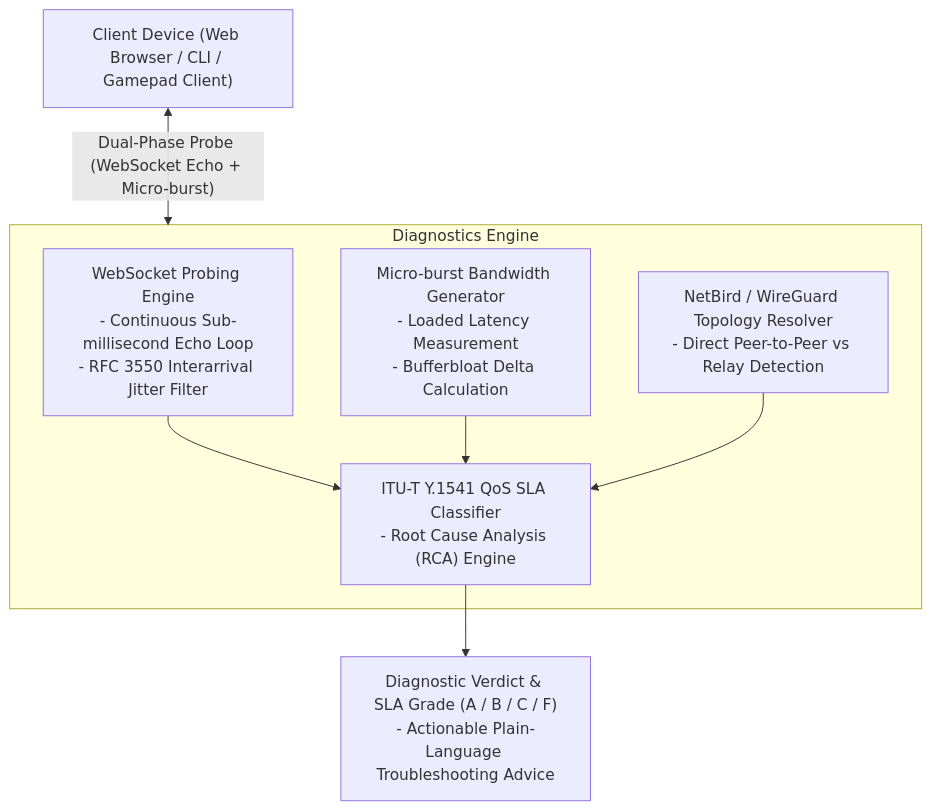
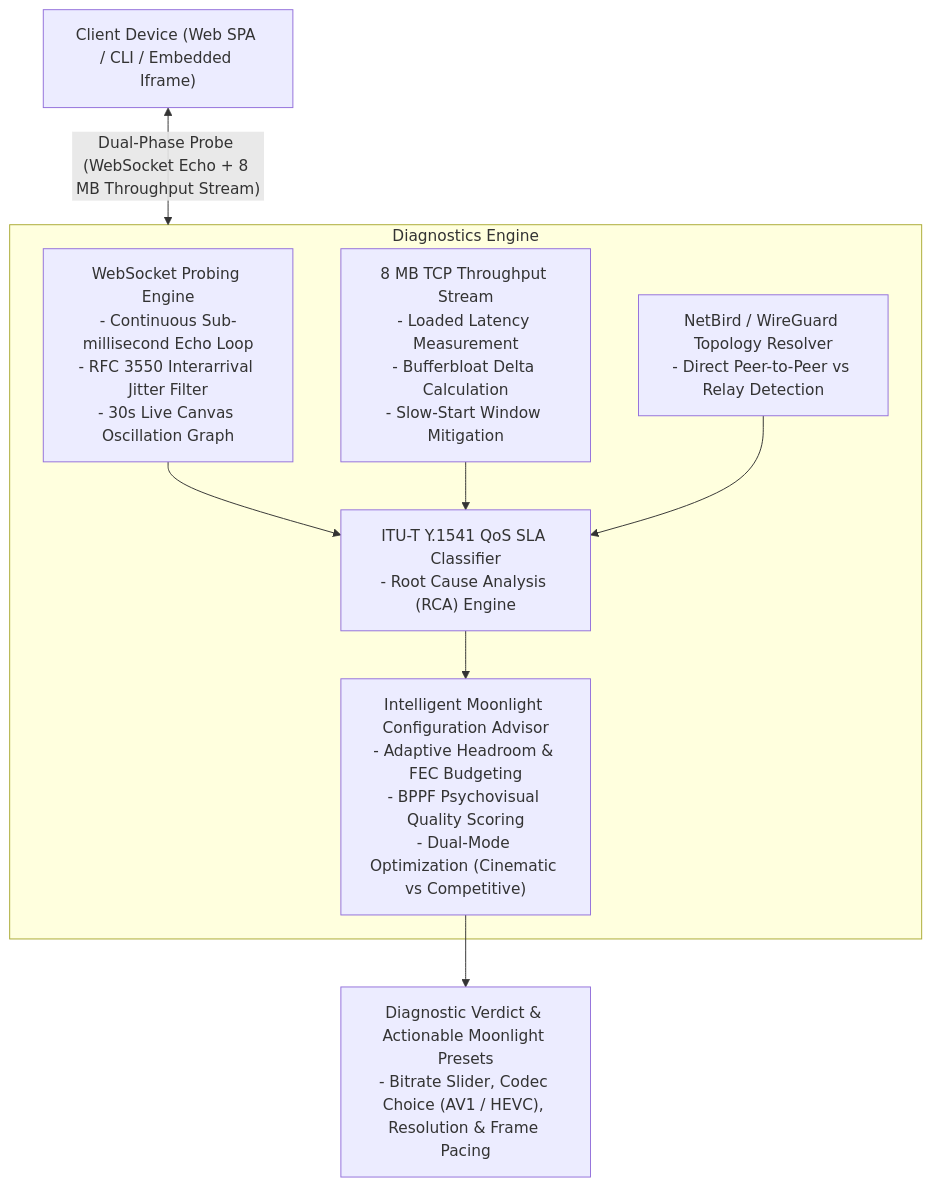
The diagram in README.md (Mateosek/stream-netcheck), drawn with Mermaid before and after one commit. The commit also changed other lines of this file and 8 other files, not shown here.

First line of the commit message:
feat(advisor): add Moonlight preset recommendation engine

````diff
--- a/README.md
+++ b/README.md
@@ -27,16 +30,18 @@
 ```mermaid
 flowchart TD
-    Client["Client Device (Web Browser / CLI / Gamepad Client)"] <-->|"Dual-Phase Probe (WebSocket Echo + Micro-burst)"| Gateway["stream-netcheck Server Gateway (FastAPI)"]
+    Client["Client Device (Web SPA / CLI / Embedded Iframe)"] <-->|"Dual-Phase Probe (WebSocket Echo + 8 MB Throughput Stream)"| Gateway["stream-netcheck Server Gateway (FastAPI)"]
     
     subgraph Gateway ["Diagnostics Engine"]
-        WSEcho["WebSocket Probing Engine<br/>- Continuous Sub-millisecond Echo Loop<br/>- RFC 3550 Interarrival Jitter Filter"]
-        LoadProbe["Micro-burst Bandwidth Generator<br/>- Loaded Latency Measurement<br/>- Bufferbloat Delta Calculation"]
+        WSEcho["WebSocket Probing Engine<br/>- Continuous Sub-millisecond Echo Loop<br/>- RFC 3550 Interarrival Jitter Filter<br/>- 30s Live Canvas Oscillation Graph"]
+        LoadProbe["8 MB TCP Throughput Stream<br/>- Loaded Latency Measurement<br/>- Bufferbloat Delta Calculation<br/>- Slow-Start Window Mitigation"]
         OverlayResolver["NetBird / WireGuard Topology Resolver<br/>- Direct Peer-to-Peer vs Relay Detection"]
         Classifier["ITU-T Y.1541 QoS SLA Classifier<br/>- Root Cause Analysis (RCA) Engine"]
+        Advisor["Intelligent Moonlight Configuration Advisor<br/>- Adaptive Headroom & FEC Budgeting<br/>- BPPF Psychovisual Quality Scoring<br/>- Dual-Mode Optimization (Cinematic vs Competitive)"]
     end
 
     WSEcho --> Classifier
     LoadProbe --> Classifier
     OverlayResolver --> Classifier
-    Classifier --> Report["Diagnostic Verdict & SLA Grade (A / B / C / F)<br/>- Actionable Plain-Language Troubleshooting Advice"]
+    Classifier --> Advisor
+    Advisor --> Report["Diagnostic Verdict & Actionable Moonlight Presets<br/>- Bitrate Slider, Codec Choice (AV1 / HEVC), Resolution & Frame Pacing"]
 ```
````
